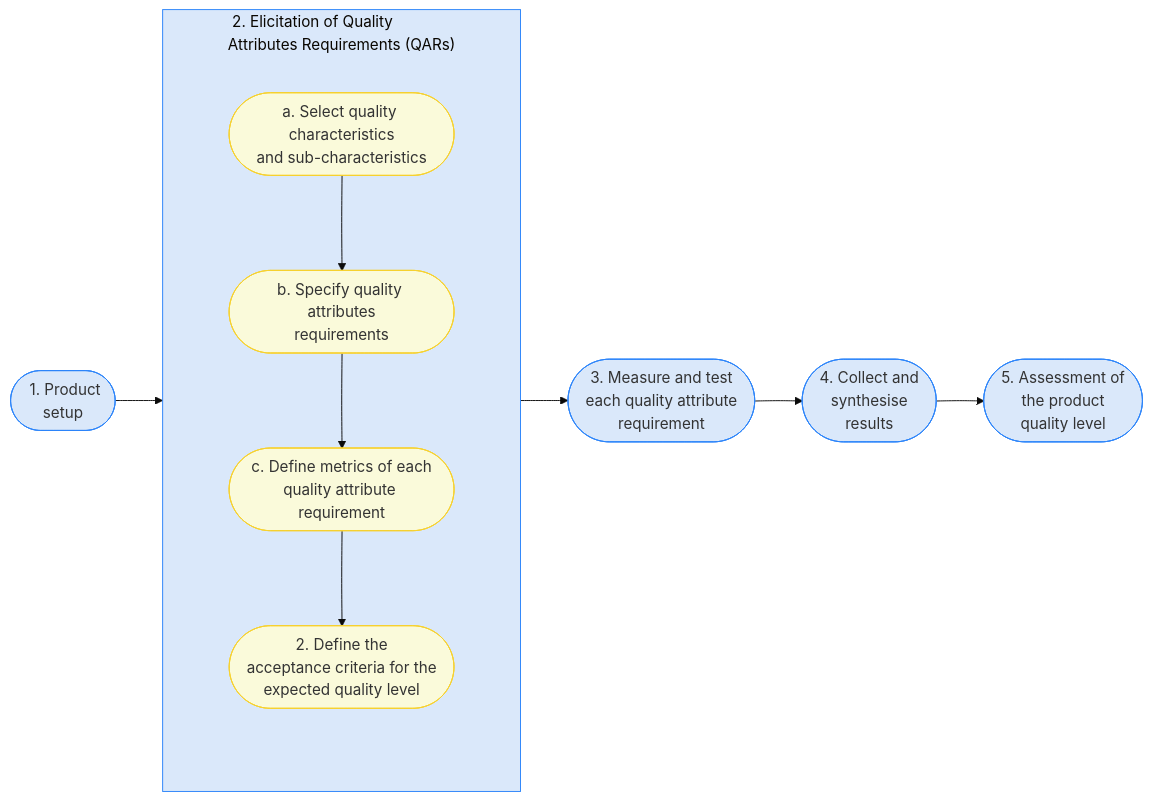
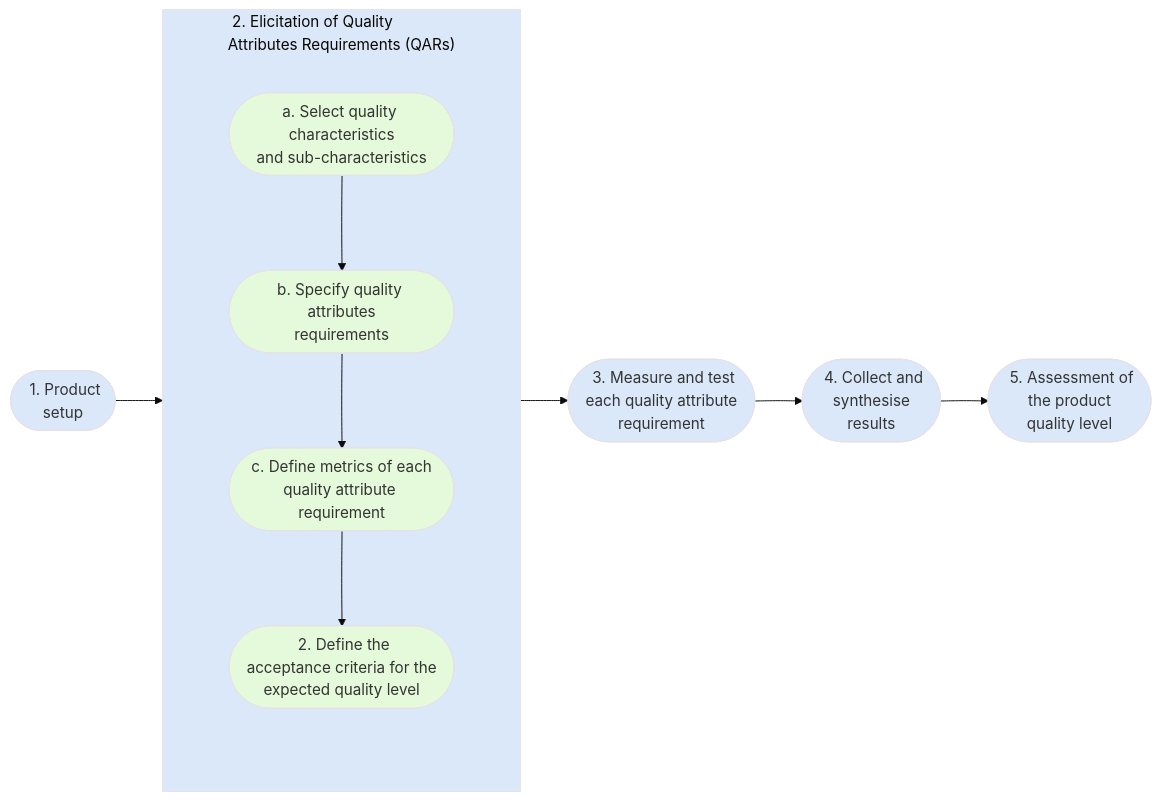
Before and after one commit to edinburgh-napier/SET09102: the diagram in notes/unit8_metrics/internal.md, drawn with Mermaid (base theme).

````diff
--- a/notes/unit8_metrics/internal.md
+++ b/notes/unit8_metrics/internal.md
@@ -393,40 +393,40 @@
 ``` mermaid
 flowchart LR
     classDef invisible stroke:none,fill:none
-    classDef mainStep fill:#dae8fa,stroke:#2c84fa
-    classDef subStep fill:#fafada,stroke:#f7d12e
+    classDef mainStep fill:#dae8fa,stroke:#e6e1e8
+    classDef subStep fill:#e4fada,stroke:#e6e1e8
 
     subgraph id2["&nbsp;2. Elicitation of Quality<br/>Attributes Requirements (QARs)"]
         subgraph spacer [ ]
             direction TB
             id2a --> id2b
             id2b --> id2c
             id2c --> id2d
         end
     end
 
     id1(["&nbsp;1. Product<br/>setup"])
     id2a(["a. Select quality characteristics<br/>and sub-characteristics"])
     id2b(["b. Specify quality attributes<br/>requirements"])
     id2c(["c. Define metrics of each<br/>quality attribute requirement"])
-    id2d(["2. Define the<br/>acceptance criteria for the<br/>expected quality level"])
-    id3(["3. Measure and test<br/>each quality attribute<br/>requirement"])
-    id4(["4. Collect and<br/>synthesise<br/>results"])
-    id5(["5. Assessment of<br/>the product<br/>quality level"])
+    id2d(["&nbsp;2. Define the<br/>acceptance criteria for the<br/>expected quality level"])
+    id3(["&nbsp;3. Measure and test<br/>each quality attribute<br/>requirement"])
+    id4(["&nbsp;4. Collect and<br/>synthesise<br/>results"])
+    id5(["&nbsp;5. Assessment of<br/>the product<br/>quality level"])
 
     id1 --> id2
     id2 --> id3
     id3 --> id4
     id4 --> id5
 
     class spacer invisible
     class id1 mainStep
     class id2 mainStep
     class id3 mainStep
     class id4 mainStep
     class id5 mainStep
     class id2a subStep
     class id2b subStep
     class id2c subStep
     class id2d subStep
 ```
````
